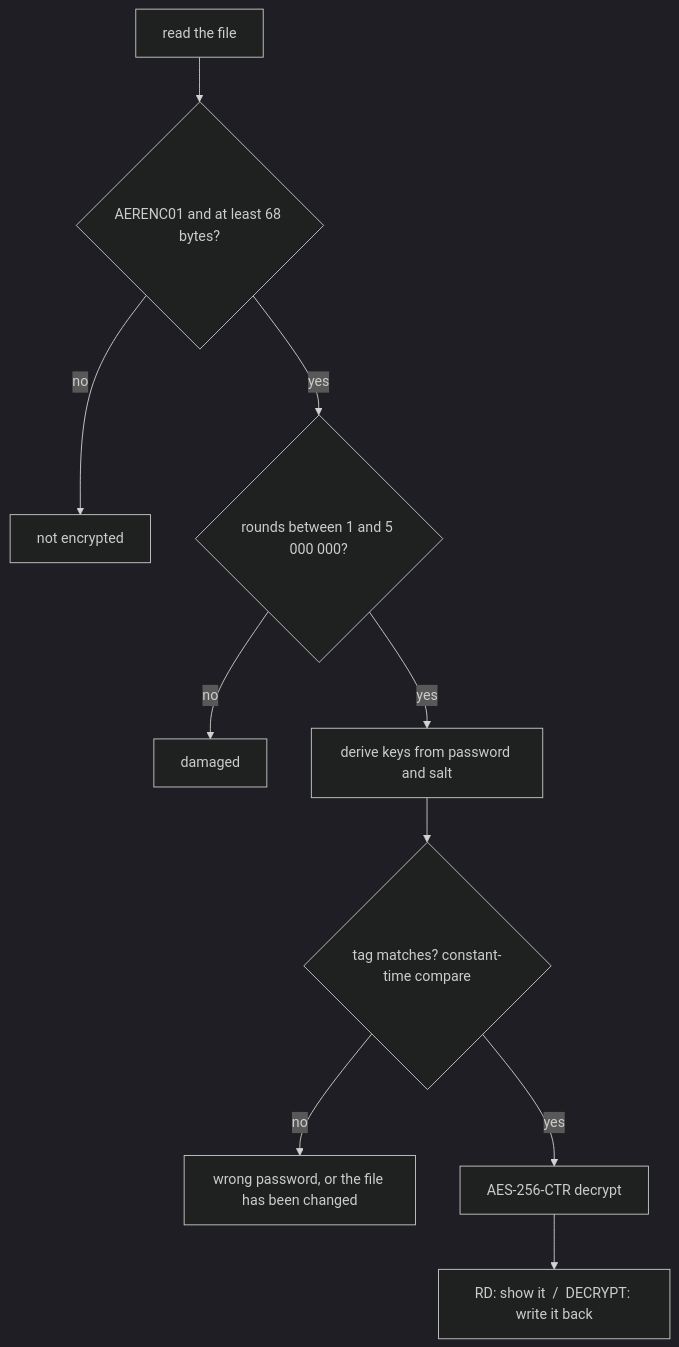
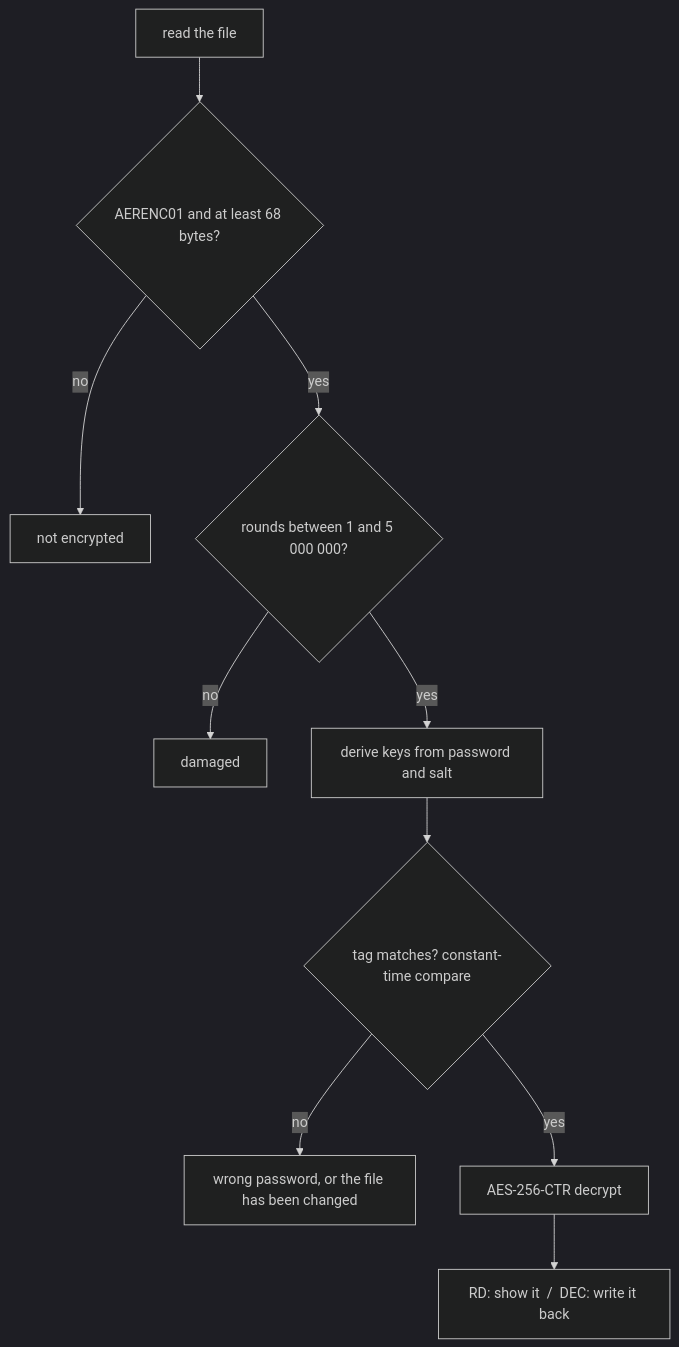
Before and after one commit to alexanderwalford-official/Renovate-OS: the sixth of 6 diagrams in docs/SECURITY.md, drawn with Mermaid (dark theme). The commit also changed other lines of this file and 21 other files, not shown here.

````diff
--- a/docs/SECURITY.md
+++ b/docs/SECURITY.md
@@ -286,12 +286,12 @@
 ```mermaid
 flowchart TD
     A[read the file] --> B{AERENC01 and at least 68 bytes?}
     B -- no --> X[not encrypted]
     B -- yes --> C{rounds between 1 and 5 000 000?}
     C -- no --> Y[damaged]
     C -- yes --> D[derive keys from password and salt]
     D --> E{tag matches? constant-time compare}
     E -- no --> Z["wrong password, or the file has been changed"]
     E -- yes --> F[AES-256-CTR decrypt]
-    F --> G[RD: show it  /  DECRYPT: write it back]
+    F --> G[RD: show it  /  DEC: write it back]
 ```
````
